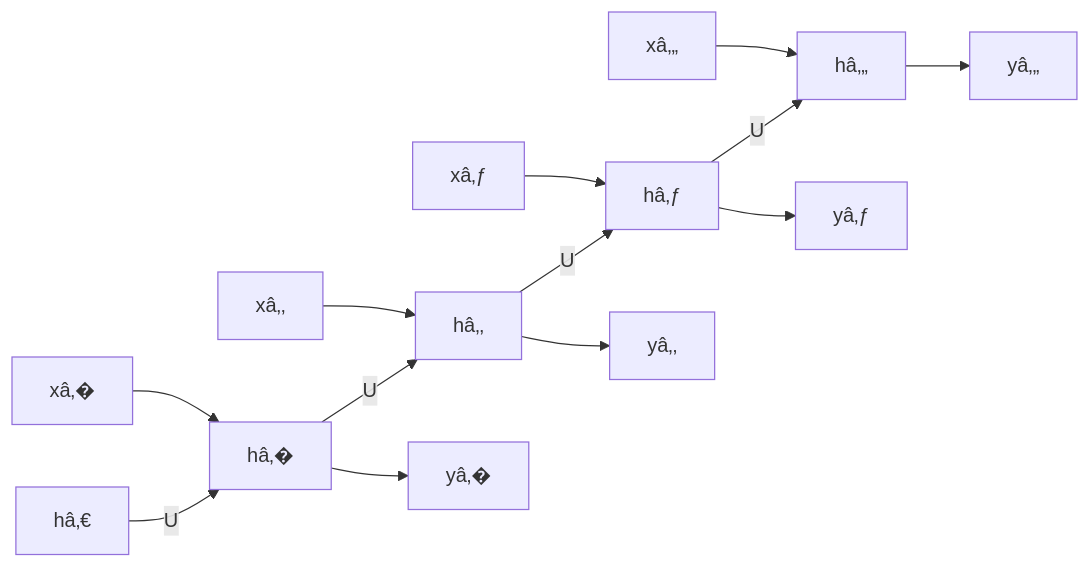
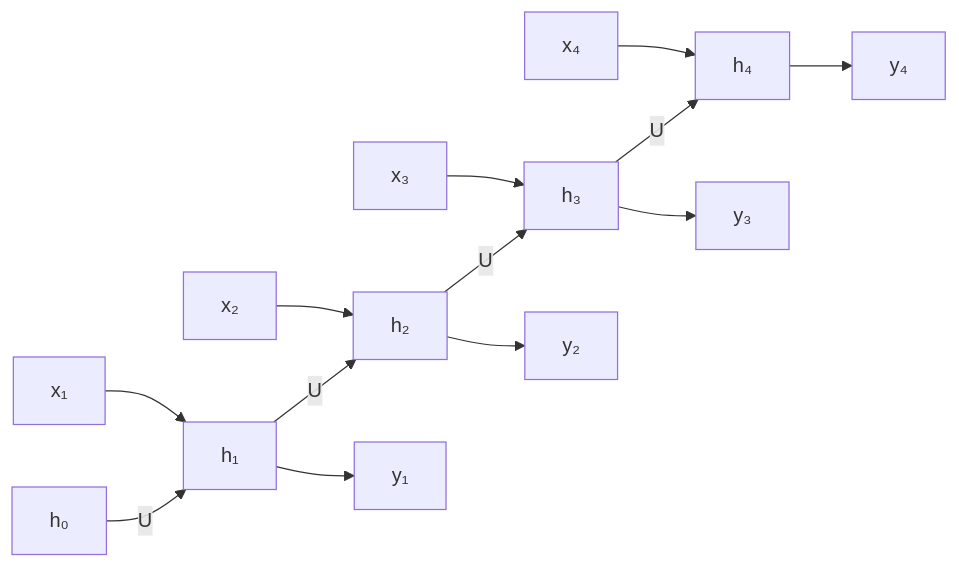
One commit to cyourth/neural-network-lineage changed the sixth of 15 diagrams in README.md. Above: the diagram before and after it, drawn with Mermaid. The commit also changed other lines of this file, not shown here.

````diff
--- a/README.md
+++ b/README.md
@@ -325,12 +325,12 @@
 ```mermaid
 flowchart LR
-    x1["xâ‚�"] --> h1["hâ‚�"]
-    x2["xâ‚‚"] --> h2["hâ‚‚"]
-    x3["xâ‚ƒ"] --> h3["hâ‚ƒ"]
-    x4["xâ‚„"] --> h4["hâ‚„"]
-    h0["hâ‚€"] -->|"U"| h1 -->|"U"| h2 -->|"U"| h3 -->|"U"| h4
-    h1 --> y1["yâ‚�"]
-    h2 --> y2["yâ‚‚"]
-    h3 --> y3["yâ‚ƒ"]
-    h4 --> y4["yâ‚„"]
+    x1["x₁"] --> h1["h₁"]
+    x2["x₂"] --> h2["h₂"]
+    x3["x₃"] --> h3["h₃"]
+    x4["x₄"] --> h4["h₄"]
+    h0["h₀"] -->|"U"| h1 -->|"U"| h2 -->|"U"| h3 -->|"U"| h4
+    h1 --> y1["y₁"]
+    h2 --> y2["y₂"]
+    h3 --> y3["y₃"]
+    h4 --> y4["y₄"]
 ```
````
